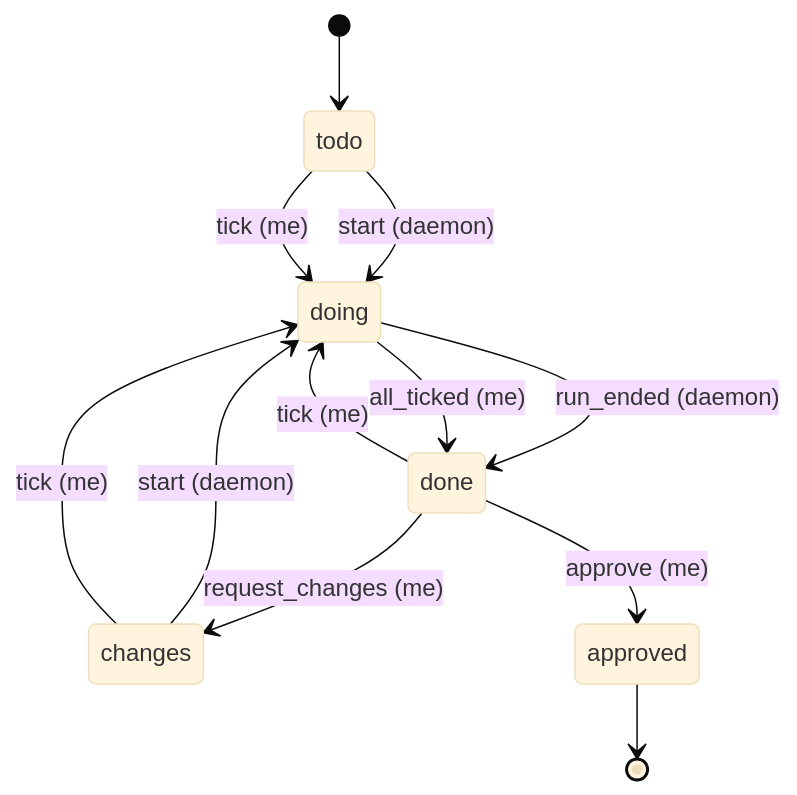
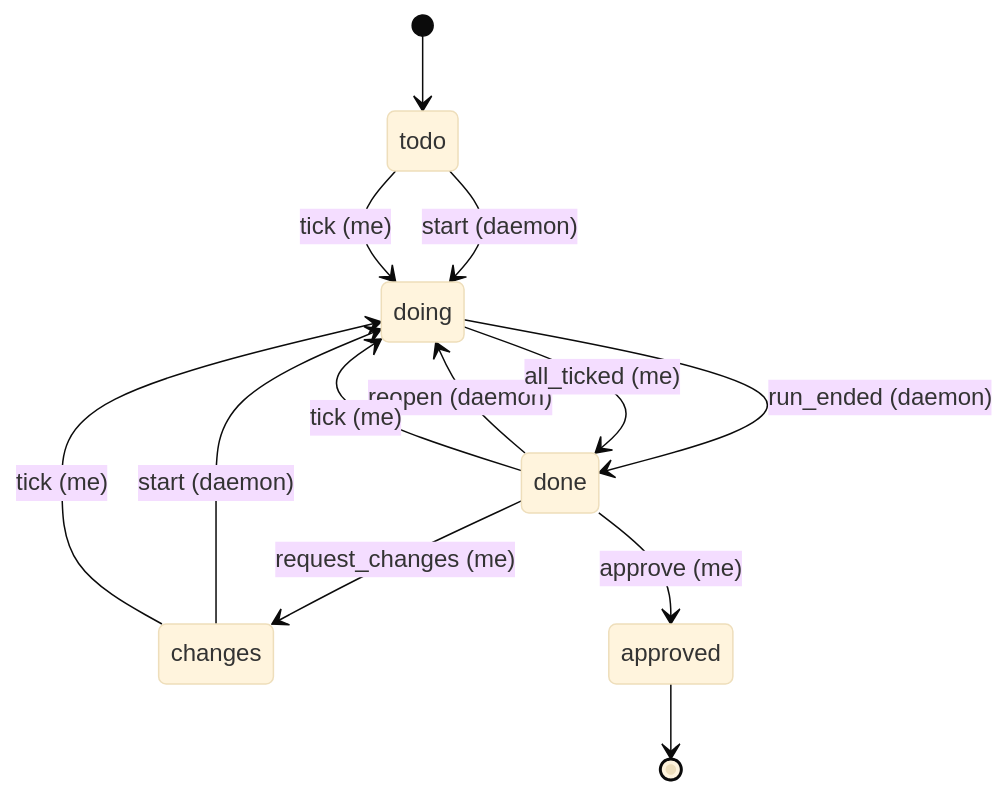
Before and after one commit to LakhdariAnis/sprint-hub: the diagram in docs/states.md, drawn with Mermaid (base theme). The commit also changed 4 other files, not shown here.

Commit message:
feat(0.4.0/614): reopen moves a done step back to doing, daemon only

````diff
--- a/docs/states.md
+++ b/docs/states.md
@@ -6,14 +6,15 @@
 ```mermaid
 stateDiagram-v2
     [*] --> todo
     todo --> doing: start (daemon)
     changes --> doing: start (daemon)
     doing --> done: run_ended (daemon)
     done --> approved: approve (me)
     done --> changes: request_changes (me)
+    done --> doing: reopen (daemon)
     todo --> doing: tick (me)
     changes --> doing: tick (me)
     done --> doing: tick (me)
     doing --> done: all_ticked (me)
     approved --> [*]
 ```
````
